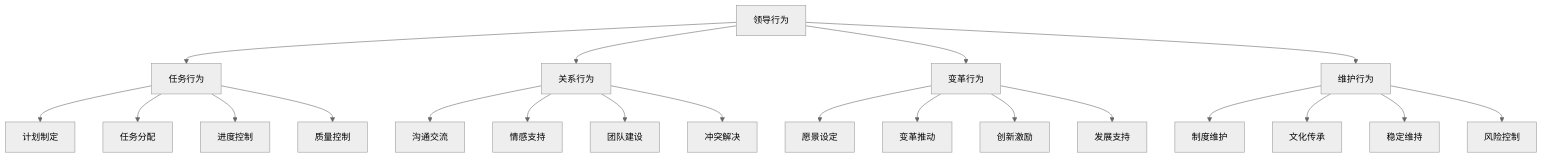
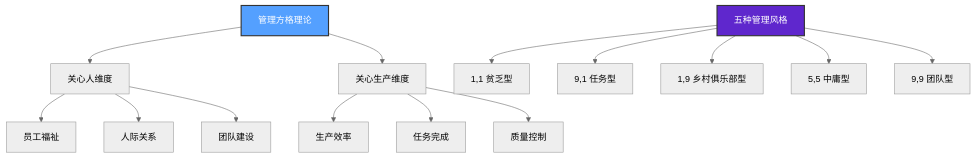
The fifth of 7 diagrams in 企业领导力/02-理论理解层/经典领导理论/02-行为理论.md (Anping2017/obsidian), drawn with Mermaid (neutral theme) before and after one commit. The commit also changed other lines of this file and 8 other files, not shown here.

````diff
--- a/企业领导力/02-理论理解层/经典领导理论/02-行为理论.md
+++ b/企业领导力/02-理论理解层/经典领导理论/02-行为理论.md
@@ -151,27 +140,22 @@
 ```mermaid
 graph TD
-    A[领导行为] --> B[任务行为]
-    A --> C[关系行为]
-    A --> D[变革行为]
-    A --> E[维护行为]
+    A[管理方格理论] --> B[关心人维度]
+    A --> C[关心生产维度]
     
-    B --> B1[计划制定]
-    B --> B2[任务分配]
-    B --> B3[进度控制]
-    B --> B4[质量控制]
+    B --> B1[员工福祉]
+    B --> B2[人际关系]
+    B --> B3[团队建设]
     
-    C --> C1[沟通交流]
-    C --> C2[情感支持]
-    C --> C3[团队建设]
-    C --> C4[冲突解决]
+    C --> C1[生产效率]
+    C --> C2[任务完成]
+    C --> C3[质量控制]
     
-    D --> D1[愿景设定]
-    D --> D2[变革推动]
-    D --> D3[创新激励]
-    D --> D4[发展支持]
+    D[五种管理风格] --> E[1,1 贫乏型]
+    D --> F[9,1 任务型]
+    D --> G[1,9 乡村俱乐部型]
+    D --> H[5,5 中庸型]
+    D --> I[9,9 团队型]
     
-    E --> E1[制度维护]
-    E --> E2[文化传承]
-    E --> E3[稳定维持]
-    E --> E4[风险控制]
+    style A fill:#54a0ff,stroke:#333,stroke-width:2px,color:#fff
+    style D fill:#5f27cd,stroke:#333,stroke-width:2px,color:#fff
 ```
````
